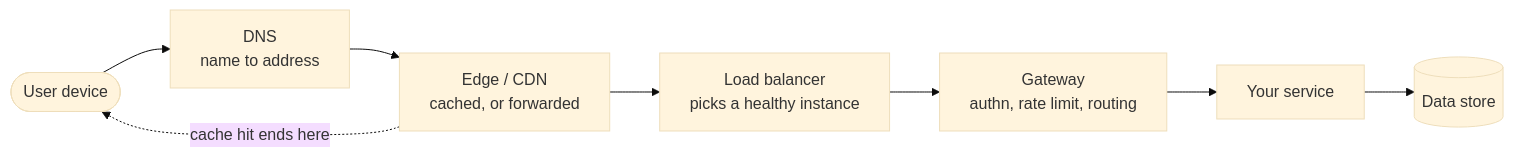
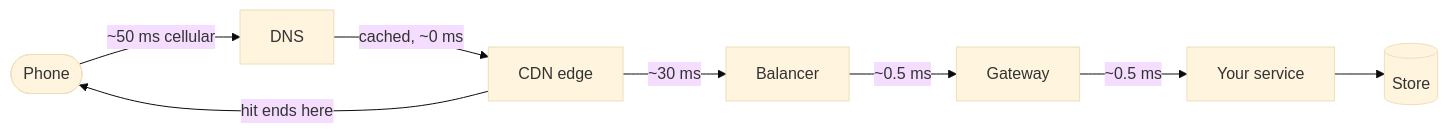
One commit to Laticent/lattice changed the tenth of 19 diagrams in examples/system-design-foundations.md. Above: the diagram before and after it, drawn with Mermaid (base theme). The commit also changed other lines of this file and 2 other files, not shown here.

First line of the commit message:
deck(examples): rebuild as a tutorial that starts in a Tuesday and ends in Instagram

````diff
--- a/examples/system-design-foundations.md
+++ b/examples/system-design-foundations.md
@@ -1374,10 +1299,10 @@
 ```mermaid
 flowchart LR
-  U(["User device"]) --> D["DNS<br/>name to address"]
-  D --> E["Edge / CDN<br/>cached, or forwarded"]
-  E --> LB["Load balancer<br/>picks a healthy instance"]
-  LB --> GW["Gateway<br/>authn, rate limit, routing"]
-  GW --> SVC["Your service"]
-  SVC --> DB[("Data store")]
-  E -.->|"cache hit ends here"| U
+  U(["Phone"]) -->|"~50 ms cellular"| D["DNS"]
+  D -->|"cached, ~0 ms"| E["CDN edge"]
+  E -->|"hit ends here"| U
+  E -->|"~30 ms"| LB["Balancer"]
+  LB -->|"~0.5 ms"| GW["Gateway"]
+  GW -->|"~0.5 ms"| SVC["Your service"]
+  SVC --> DB[("Store")]
 ```
````
